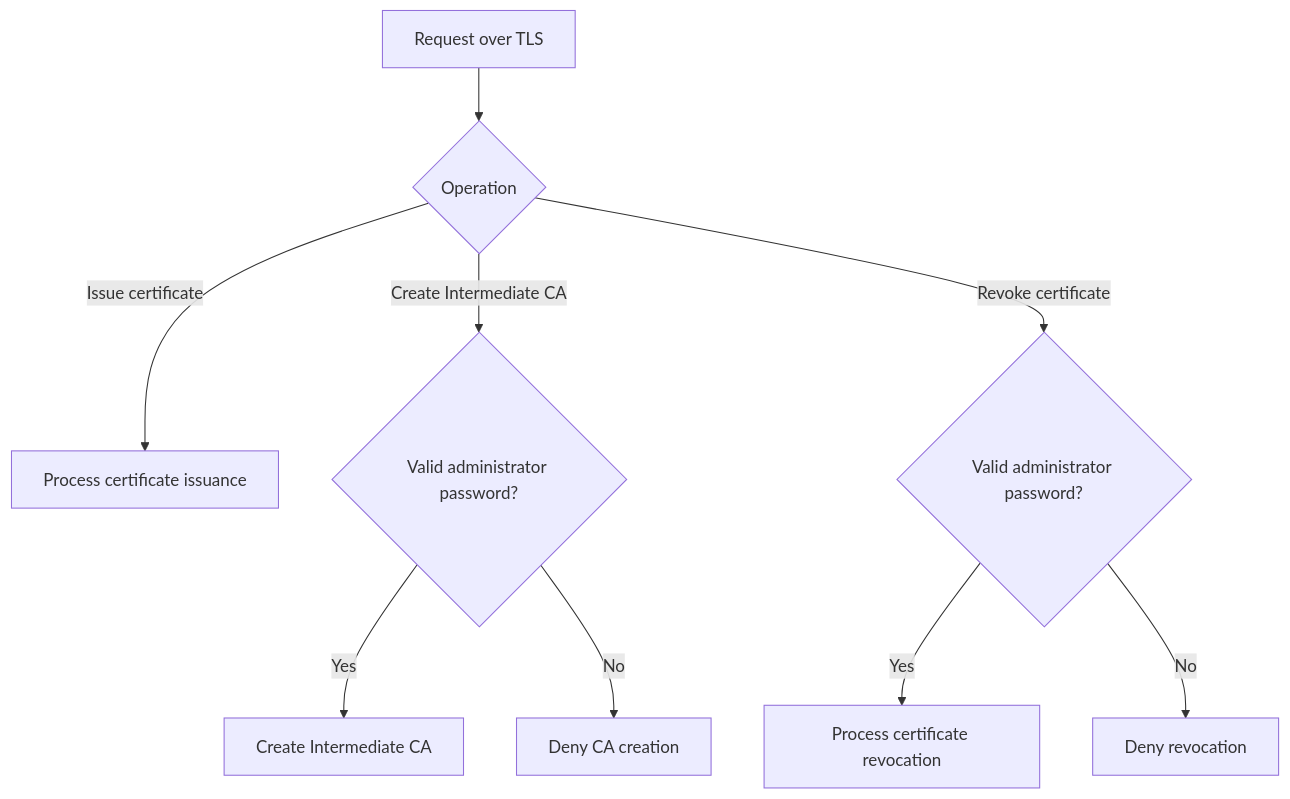
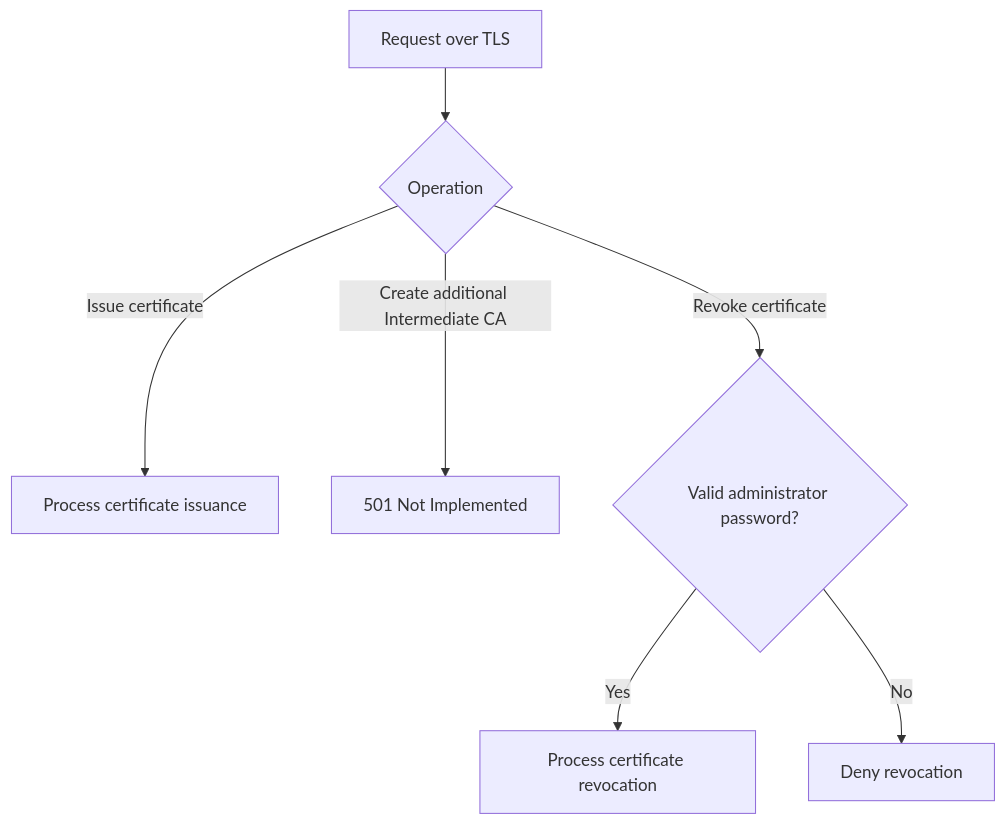
The third of 3 diagrams in docs/certificate-services.md (pregene/autobricks-pki), drawn with Mermaid before and after one commit. The commit also changed other lines of this file and 72 other files, not shown here.

````diff
--- a/docs/certificate-services.md
+++ b/docs/certificate-services.md
@@ -59,11 +59,9 @@
 ```mermaid
 flowchart TD
     Request[Request over TLS] --> Operation{Operation}
     Operation -->|Issue certificate| Issue[Process certificate issuance]
-    Operation -->|Create Intermediate CA| CAPermission{Valid administrator password?}
-    CAPermission -->|Yes| CreateCA[Create Intermediate CA]
-    CAPermission -->|No| DenyCA[Deny CA creation]
+    Operation -->|Create additional Intermediate CA| Unavailable[501 Not Implemented]
     Operation -->|Revoke certificate| Permission{Valid administrator password?}
     Permission -->|Yes| Revoke[Process certificate revocation]
     Permission -->|No| Deny[Deny revocation]
 ```
````
